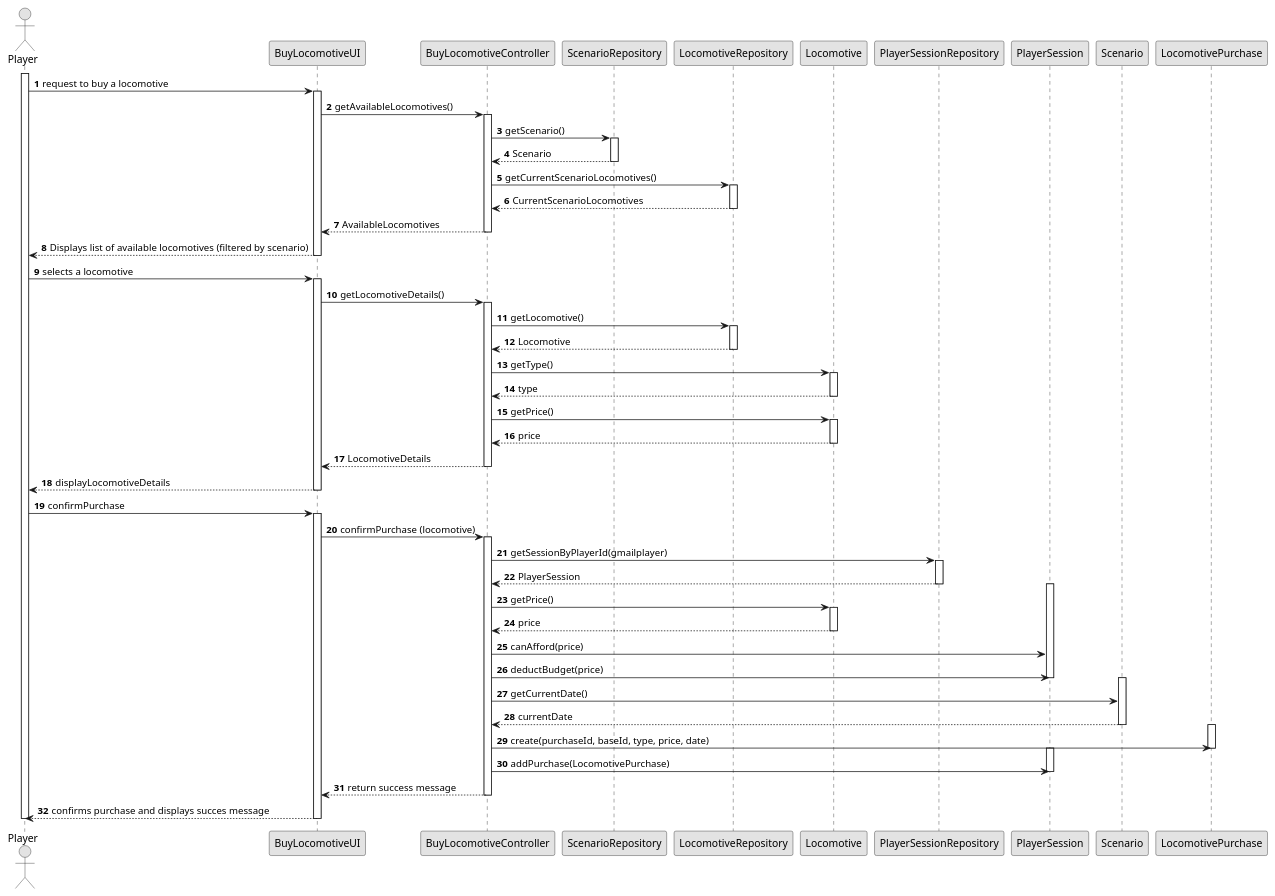
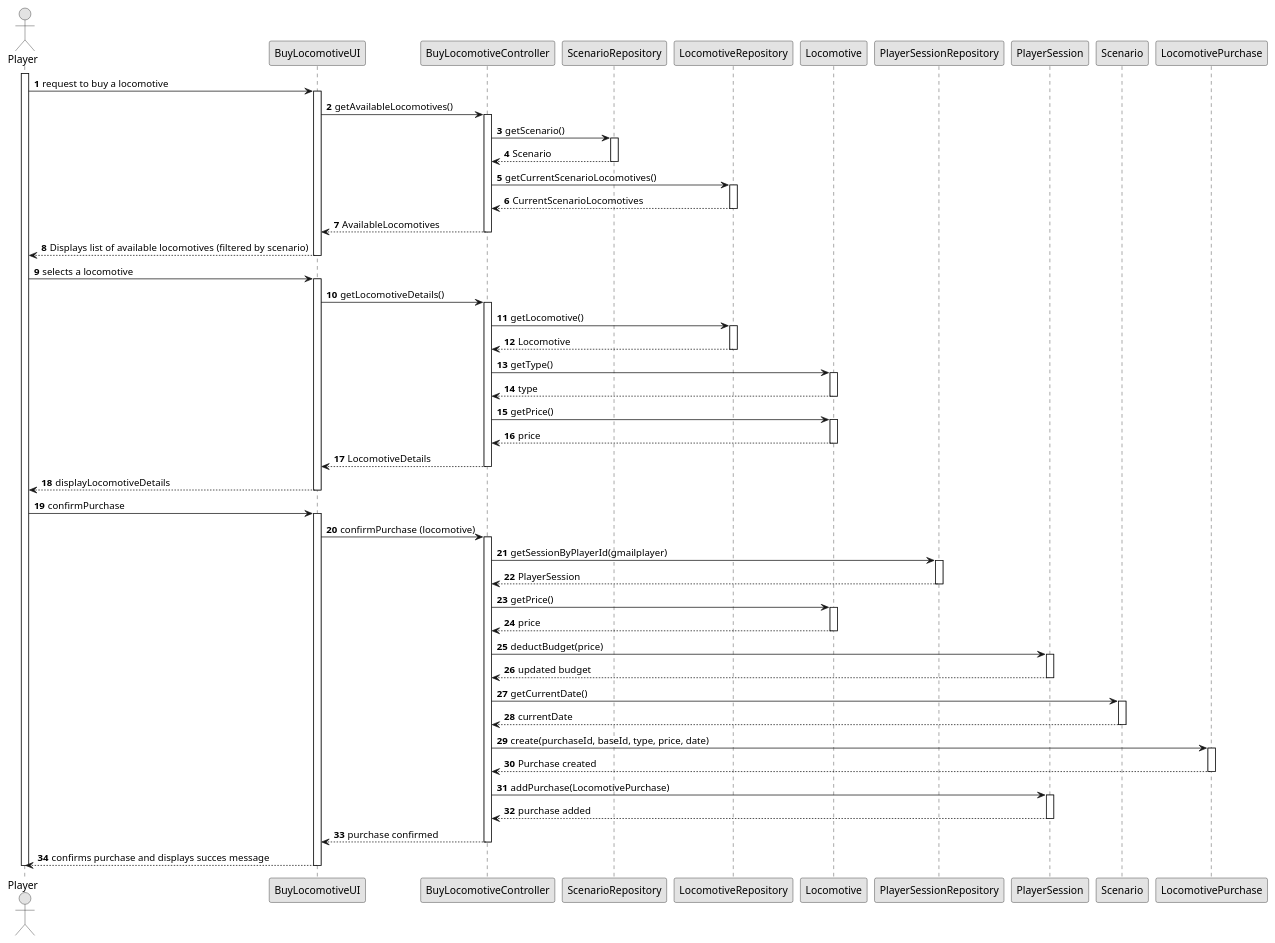
One commit to Andremonteiro1240850/railway_simulator changed the diagram in docs/system-documentation/US09/03.design/puml/US009-SD_full.puml. Above: the diagram before and after it, drawn with PlantUML. The commit also changed 8 other files, not shown here.

```diff
--- a/docs/system-documentation/US09/03.design/puml/US009-SD_full.puml
+++ b/docs/system-documentation/US09/03.design/puml/US009-SD_full.puml
@@ -1,96 +1,100 @@
 @startuml
 
 skinparam shadowing false
 skinparam linetype polyline
 skinparam monochrome true
 
 autonumber
 
 actor Player
 
 participant Player
 activate Player
 participant BuyLocomotiveUI
 participant BuyLocomotiveController
 participant ScenarioRepository
 participant LocomotiveRepository
 participant Locomotive
 participant PlayerSessionRepository
 participant PlayerSession
 participant Scenario
 participant LocomotivePurchase
 
 Player -> BuyLocomotiveUI : request to buy a locomotive
 activate BuyLocomotiveUI
 BuyLocomotiveUI -> BuyLocomotiveController : getAvailableLocomotives()
 activate BuyLocomotiveController
 BuyLocomotiveController -> ScenarioRepository : getScenario()
 activate ScenarioRepository
 ScenarioRepository --> BuyLocomotiveController : Scenario
 deactivate ScenarioRepository
 BuyLocomotiveController -> LocomotiveRepository : getCurrentScenarioLocomotives()
 activate LocomotiveRepository
 LocomotiveRepository --> BuyLocomotiveController : CurrentScenarioLocomotives
 deactivate LocomotiveRepository
 BuyLocomotiveController --> BuyLocomotiveUI : AvailableLocomotives
 deactivate BuyLocomotiveController
 BuyLocomotiveUI --> Player : Displays list of available locomotives (filtered by scenario)
 deactivate BuyLocomotiveUI
 
 Player -> BuyLocomotiveUI : selects a locomotive
 activate BuyLocomotiveUI
 BuyLocomotiveUI -> BuyLocomotiveController : getLocomotiveDetails()
 activate BuyLocomotiveController
 BuyLocomotiveController -> LocomotiveRepository : getLocomotive()
 activate LocomotiveRepository
 LocomotiveRepository --> BuyLocomotiveController : Locomotive
 deactivate LocomotiveRepository
 BuyLocomotiveController -> Locomotive : getType()
 activate Locomotive
 BuyLocomotiveController <-- Locomotive : type
 deactivate Locomotive
 BuyLocomotiveController -> Locomotive : getPrice()
 activate Locomotive
 BuyLocomotiveController <-- Locomotive : price
 deactivate Locomotive
 BuyLocomotiveController --> BuyLocomotiveUI : LocomotiveDetails
 deactivate BuyLocomotiveController
 BuyLocomotiveUI --> Player : displayLocomotiveDetails
 deactivate BuyLocomotiveUI
 
 Player -> BuyLocomotiveUI : confirmPurchase
 activate BuyLocomotiveUI
 BuyLocomotiveUI -> BuyLocomotiveController : confirmPurchase (locomotive)
 activate BuyLocomotiveController
 BuyLocomotiveController -> PlayerSessionRepository : getSessionByPlayerId(gmailplayer)
 activate PlayerSessionRepository
 PlayerSessionRepository --> BuyLocomotiveController : PlayerSession
 deactivate PlayerSessionRepository
-activate PlayerSession
+
 
 
 deactivate LocomotiveRepository
 BuyLocomotiveController -> Locomotive : getPrice()
 activate Locomotive
 Locomotive --> BuyLocomotiveController : price
 deactivate Locomotive
-BuyLocomotiveController -> PlayerSession : canAfford(price)
 BuyLocomotiveController -> PlayerSession : deductBudget(price)
+activate PlayerSession
+PlayerSession--> BuyLocomotiveController : updated budget
 deactivate PlayerSession
+BuyLocomotiveController -> Scenario : getCurrentDate()
 activate Scenario
-BuyLocomotiveController -> Scenario : getCurrentDate()
 Scenario --> BuyLocomotiveController : currentDate
 deactivate Scenario
+BuyLocomotiveController -> LocomotivePurchase : create(purchaseId, baseId, type, price, date)
 activate LocomotivePurchase
-BuyLocomotiveController -> LocomotivePurchase : create(purchaseId, baseId, type, price, date)
+LocomotivePurchase --> BuyLocomotiveController : Purchase created
 deactivate LocomotivePurchase
+
+BuyLocomotiveController -> PlayerSession : addPurchase(LocomotivePurchase)
 activate PlayerSession
-BuyLocomotiveController -> PlayerSession : addPurchase(LocomotivePurchase)
+PlayerSession--> BuyLocomotiveController :purchase added
 deactivate PlayerSession
-BuyLocomotiveController --> BuyLocomotiveUI : return success message
+BuyLocomotiveController --> BuyLocomotiveUI : purchase confirmed
 deactivate BuyLocomotiveController
 BuyLocomotiveUI --> Player : confirms purchase and displays succes message
 deactivate BuyLocomotiveUI
 deactivate Player
 
 @enduml
```
